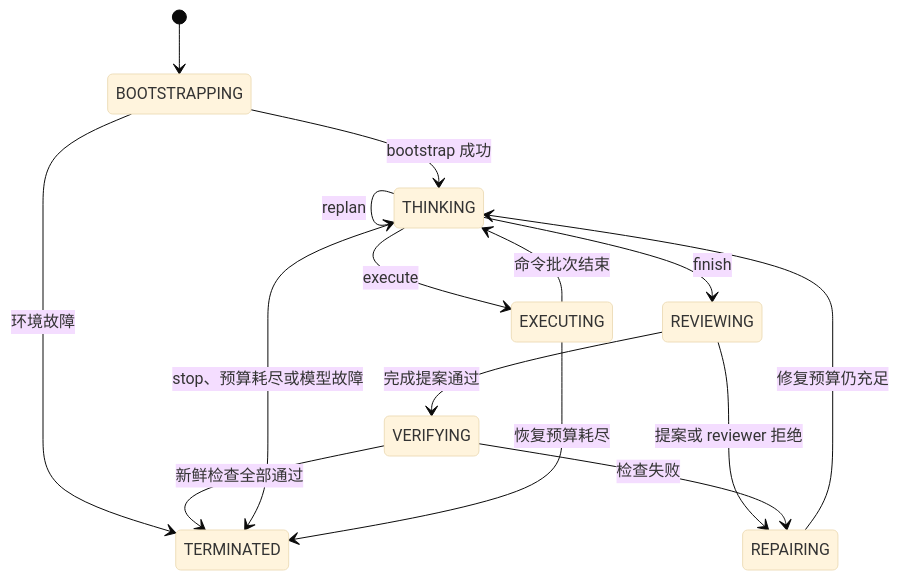
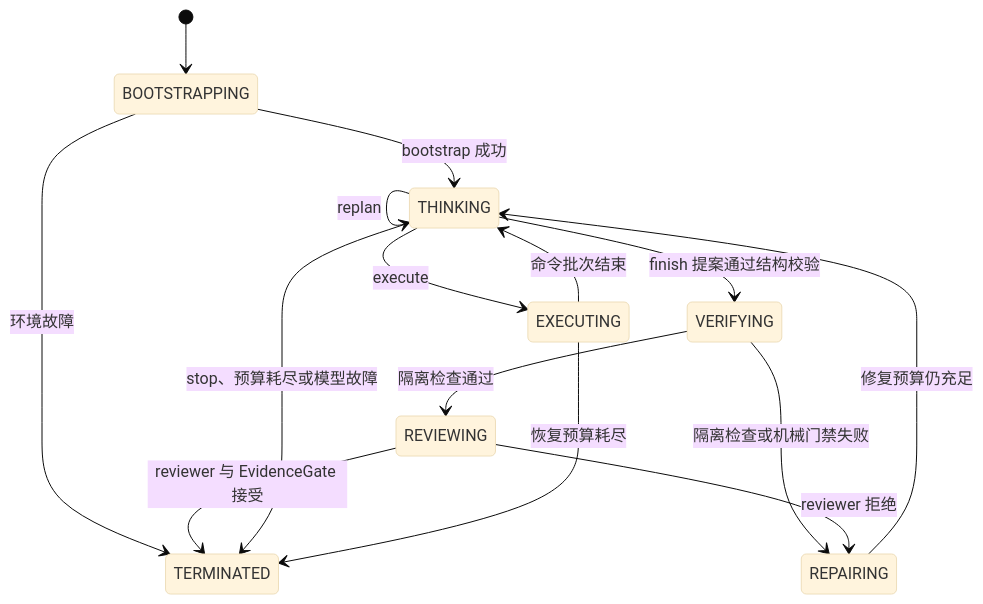
One commit to Duang777/Dharness changed the second of 3 diagrams in docs/architecture-rationale.md. Above: the diagram before and after it, drawn with Mermaid (base theme). The commit also changed other lines of this file and 53 other files, not shown here.

````diff
--- a/docs/architecture-rationale.md
+++ b/docs/architecture-rationale.md
@@ -175,17 +190,17 @@
 ```mermaid
 stateDiagram-v2
     [*] --> BOOTSTRAPPING
     BOOTSTRAPPING --> THINKING: bootstrap 成功
     BOOTSTRAPPING --> TERMINATED: 环境故障
     THINKING --> EXECUTING: execute
     EXECUTING --> THINKING: 命令批次结束
     THINKING --> THINKING: replan
-    THINKING --> REVIEWING: finish
-    REVIEWING --> REPAIRING: 提案或 reviewer 拒绝
-    REVIEWING --> VERIFYING: 完成提案通过
-    VERIFYING --> TERMINATED: 新鲜检查全部通过
-    VERIFYING --> REPAIRING: 检查失败
+    THINKING --> VERIFYING: finish 提案通过结构校验
+    VERIFYING --> REPAIRING: 隔离检查或机械门禁失败
+    VERIFYING --> REVIEWING: 隔离检查通过
+    REVIEWING --> TERMINATED: reviewer 与 EvidenceGate 接受
+    REVIEWING --> REPAIRING: reviewer 拒绝
     REPAIRING --> THINKING: 修复预算仍充足
     THINKING --> TERMINATED: stop、预算耗尽或模型故障
     EXECUTING --> TERMINATED: 恢复预算耗尽
 ```
````
